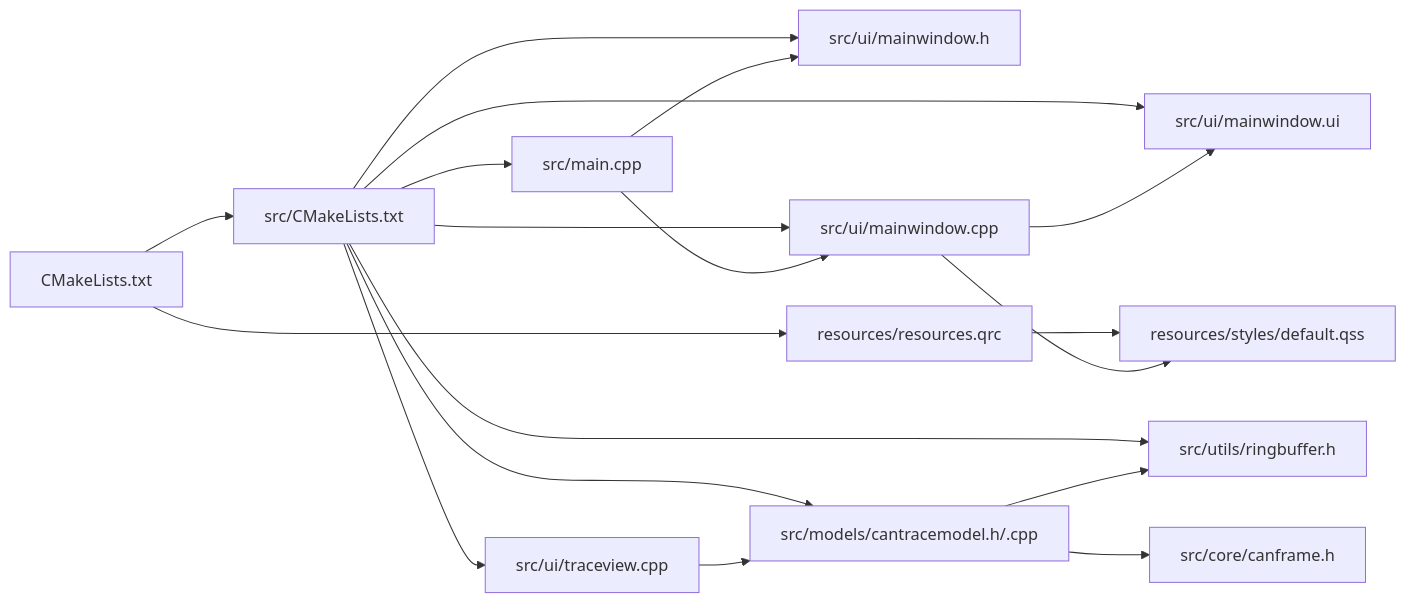
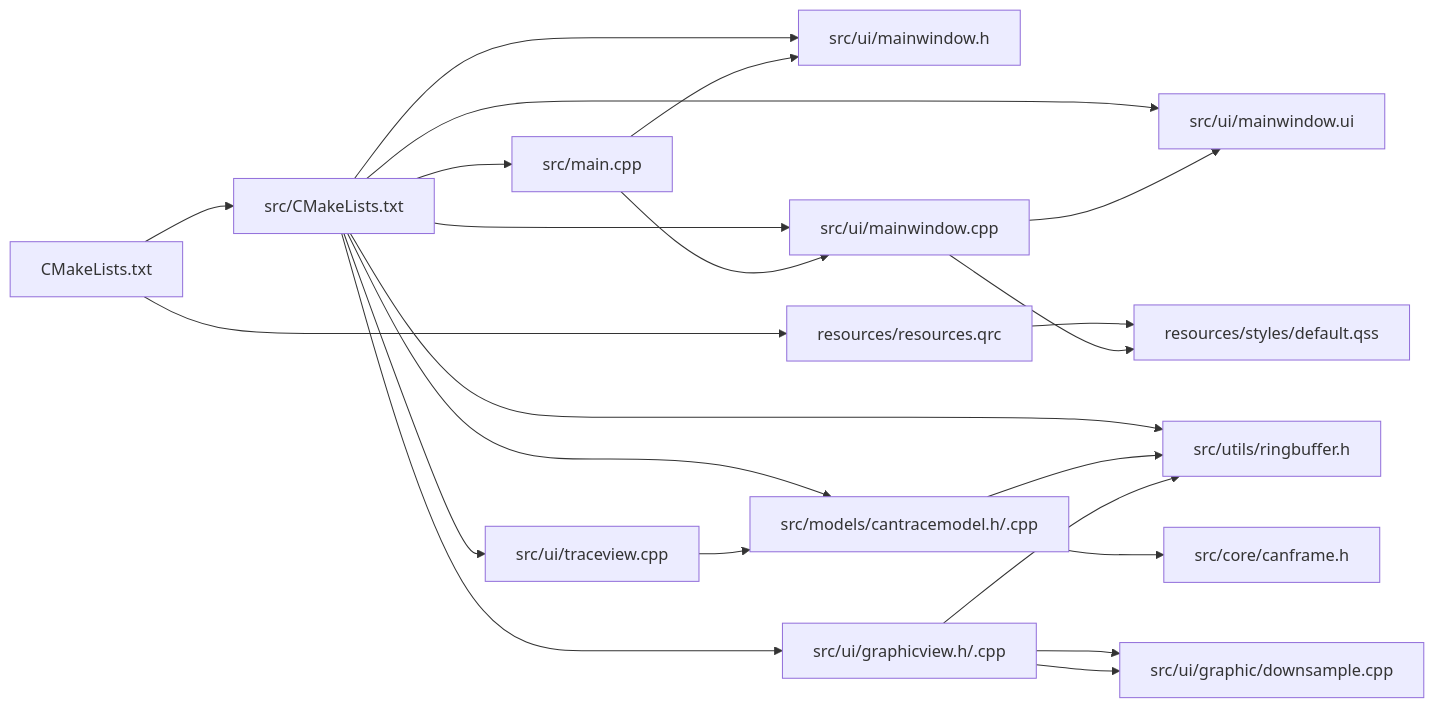
Before and after one commit to jakecai1225-design/OpenBus: diagram 12 of 12 in .qoder/repowiki/zh/content/开发指南/性能优化.md, drawn with Mermaid. The commit also changed other lines of this file and 20 other files, not shown here.

````diff
--- a/.qoder/repowiki/zh/content/开发指南/性能优化.md
+++ b/.qoder/repowiki/zh/content/开发指南/性能优化.md
@@ -346,20 +444,24 @@
 ```mermaid
 graph LR
 CMakeTop["CMakeLists.txt"] --> CMakeSrc["src/CMakeLists.txt"]
 CMakeSrc --> MainCpp["src/main.cpp"]
 CMakeSrc --> WinH["src/ui/mainwindow.h"]
 CMakeSrc --> WinCpp["src/ui/mainwindow.cpp"]
 CMakeSrc --> WinUI["src/ui/mainwindow.ui"]
 CMakeTop --> QRC["resources/resources.qrc"]
 QRC --> QSS["resources/styles/default.qss"]
 MainCpp --> WinH
 MainCpp --> WinCpp
 WinCpp --> WinUI
 WinCpp --> QSS
 CMakeSrc --> RingBuffer["src/utils/ringbuffer.h"]
 CMakeSrc --> TraceModel["src/models/cantracemodel.h/.cpp"]
 CMakeSrc --> TraceView["src/ui/traceview.cpp"]
+CMakeSrc --> GraphicView["src/ui/graphicview.h/.cpp"]
+GraphicView --> Downsample["src/ui/graphic/downsample.cpp"]
 TraceModel --> CanFrame["src/core/canframe.h"]
 TraceModel --> RingBuffer
 TraceView --> TraceModel
+GraphicView --> RingBuffer
+GraphicView --> Downsample
 ```
````
